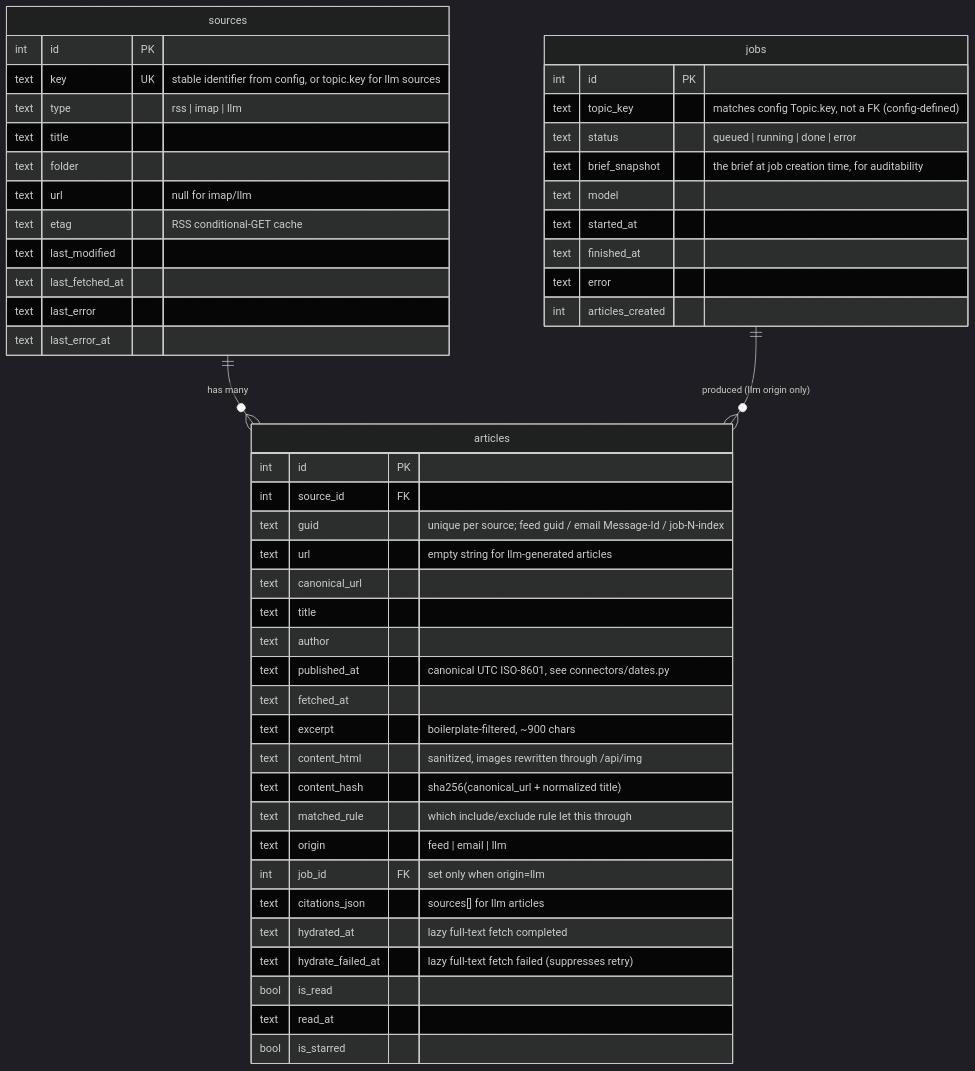
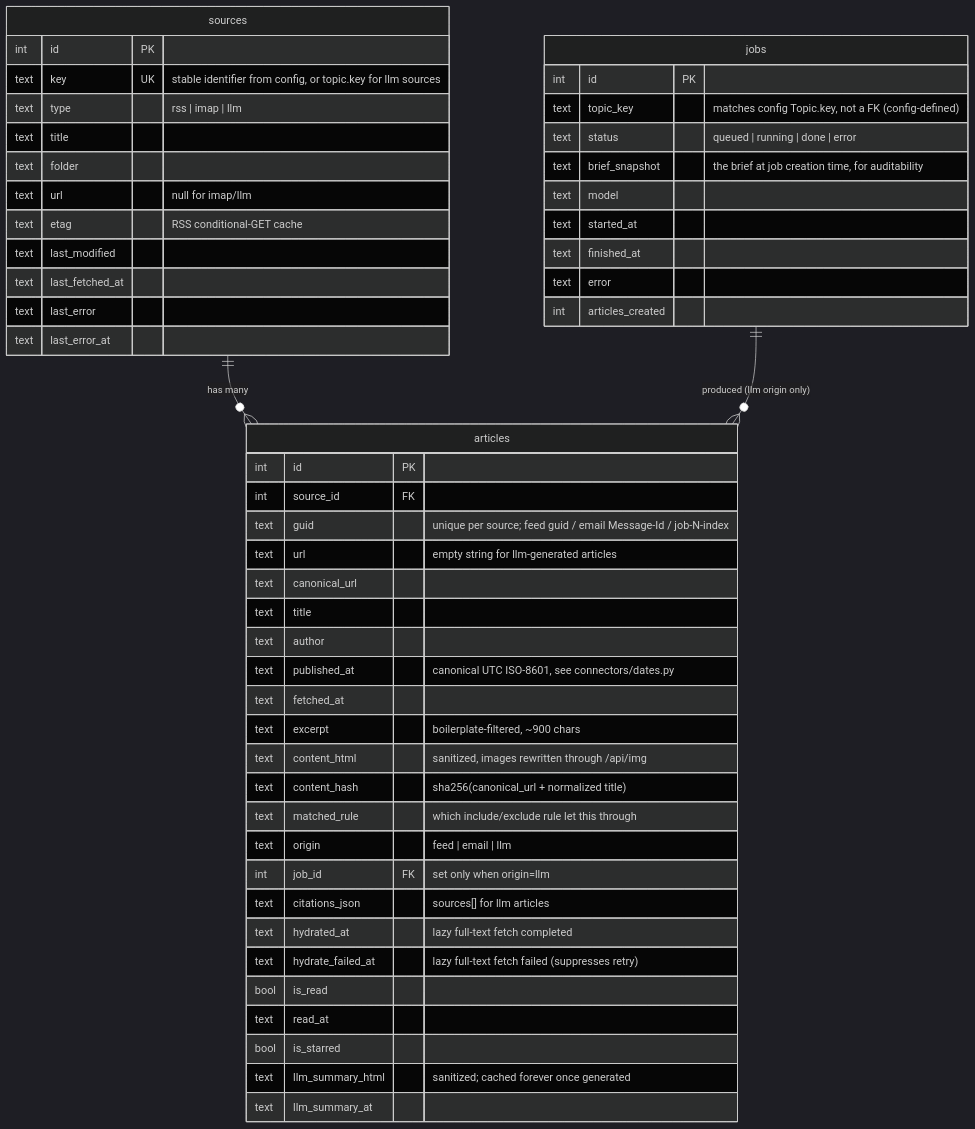
Before and after one commit to pengyaoc/openreader: the diagram in docs/ERD.md, drawn with Mermaid (dark theme). The commit also changed other lines of this file and 15 other files, not shown here.

````diff
--- a/docs/ERD.md
+++ b/docs/ERD.md
@@ -98,55 +101,57 @@
 ```mermaid
 erDiagram
     sources ||--o{ articles : "has many"
     jobs ||--o{ articles : "produced (llm origin only)"
 
     sources {
         int id PK
         text key UK "stable identifier from config, or topic.key for llm sources"
         text type "rss | imap | llm"
         text title
         text folder
         text url "null for imap/llm"
         text etag "RSS conditional-GET cache"
         text last_modified
         text last_fetched_at
         text last_error
         text last_error_at
     }
 
     articles {
         int id PK
         int source_id FK
         text guid "unique per source; feed guid / email Message-Id / job-N-index"
         text url "empty string for llm-generated articles"
         text canonical_url
         text title
         text author
         text published_at "canonical UTC ISO-8601, see connectors/dates.py"
         text fetched_at
         text excerpt "boilerplate-filtered, ~900 chars"
         text content_html "sanitized, images rewritten through /api/img"
         text content_hash "sha256(canonical_url + normalized title)"
         text matched_rule "which include/exclude rule let this through"
         text origin "feed | email | llm"
         int job_id FK "set only when origin=llm"
         text citations_json "sources[] for llm articles"
         text hydrated_at "lazy full-text fetch completed"
         text hydrate_failed_at "lazy full-text fetch failed (suppresses retry)"
         bool is_read
         text read_at
         bool is_starred
+        text llm_summary_html "sanitized; cached forever once generated"
+        text llm_summary_at
     }
 
     jobs {
         int id PK
         text topic_key "matches config Topic.key, not a FK (config-defined)"
         text status "queued | running | done | error"
         text brief_snapshot "the brief at job creation time, for auditability"
         text model
         text started_at
         text finished_at
         text error
         int articles_created
     }
 ```
````
